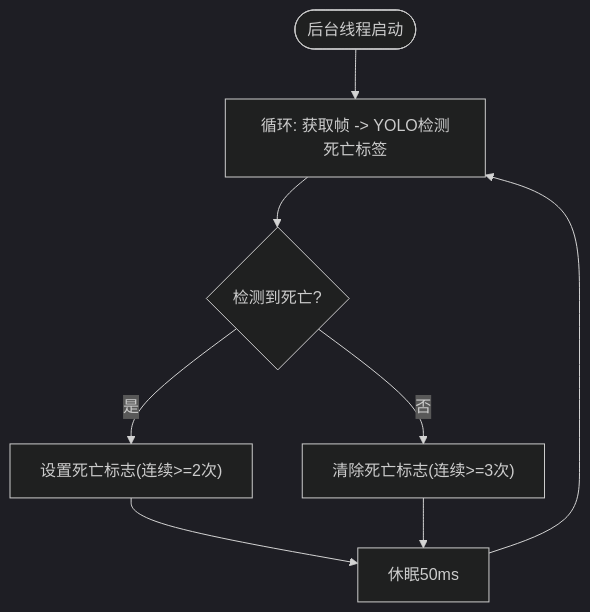
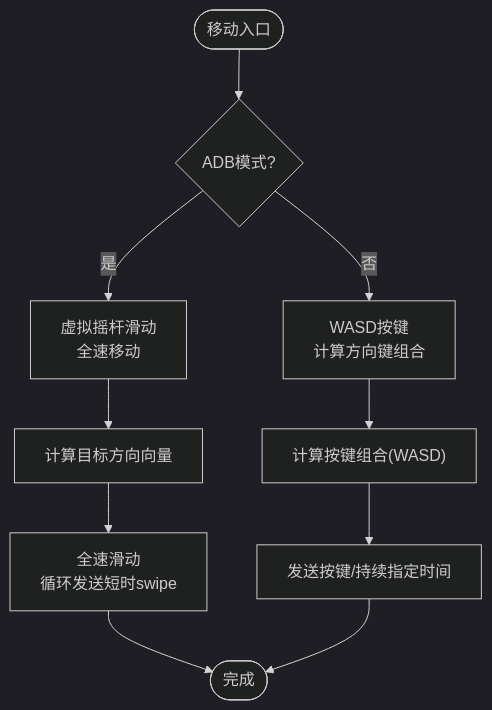
The fifth of 6 diagrams in .qoder/repowiki/zh/content/战斗系统/战斗系统.md (xsy098-max/ok-jump), drawn with Mermaid (dark theme) before and after one commit. The commit also changed other lines of this file and 216 other files, not shown here.

````diff
--- a/.qoder/repowiki/zh/content/战斗系统/战斗系统.md
+++ b/.qoder/repowiki/zh/content/战斗系统/战斗系统.md
@@ -262,10 +244,12 @@
 ```mermaid
 flowchart TD
-Start([后台线程启动]) --> Loop["循环: 获取帧 -> YOLO检测死亡标签"]
-Loop --> HasDeath{"检测到死亡?"}
-HasDeath --> |是| SetFlag["设置死亡标志(连续>=2次)"]
-HasDeath --> |否| ClearFlag["清除死亡标志(连续>=3次)"]
-SetFlag --> Sleep["休眠50ms"]
-ClearFlag --> Sleep
-Sleep --> Loop
+Start(["移动入口"]) --> Mode{ADB模式?}
+Mode --> |是| ADBMove["虚拟摇杆滑动<br/>全速移动"]
+Mode --> |否| PCMove["WASD按键<br/>计算方向键组合"]
+ADBMove --> CalcDir["计算目标方向向量"]
+CalcDir --> FullSpeed["全速滑动<br/>循环发送短时swipe"]
+PCMove --> CalcKeys["计算按键组合(WASD)"]
+CalcKeys --> PressKeys["发送按键/持续指定时间"]
+FullSpeed --> End(["完成"])
+PressKeys --> End
 ```
````
